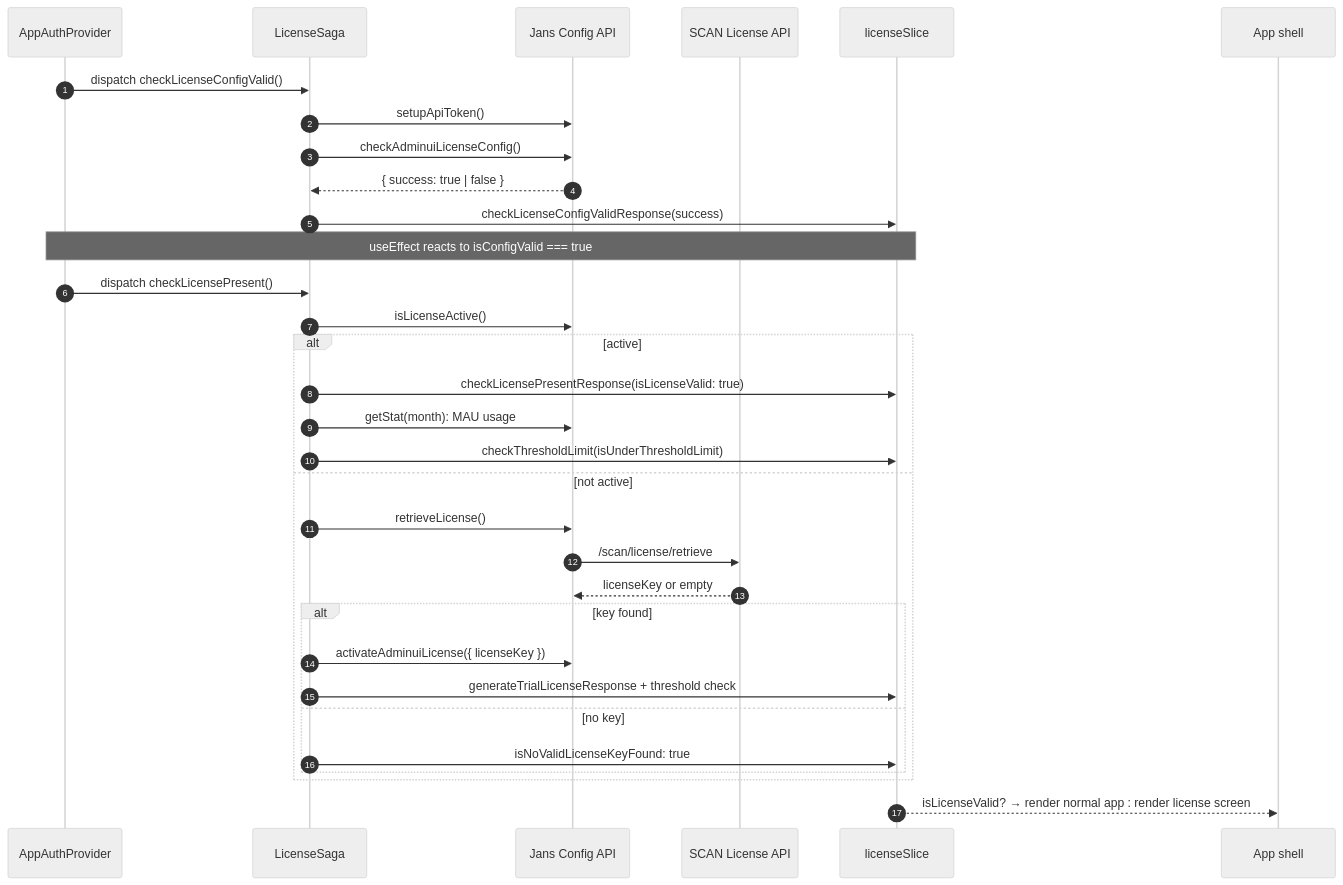
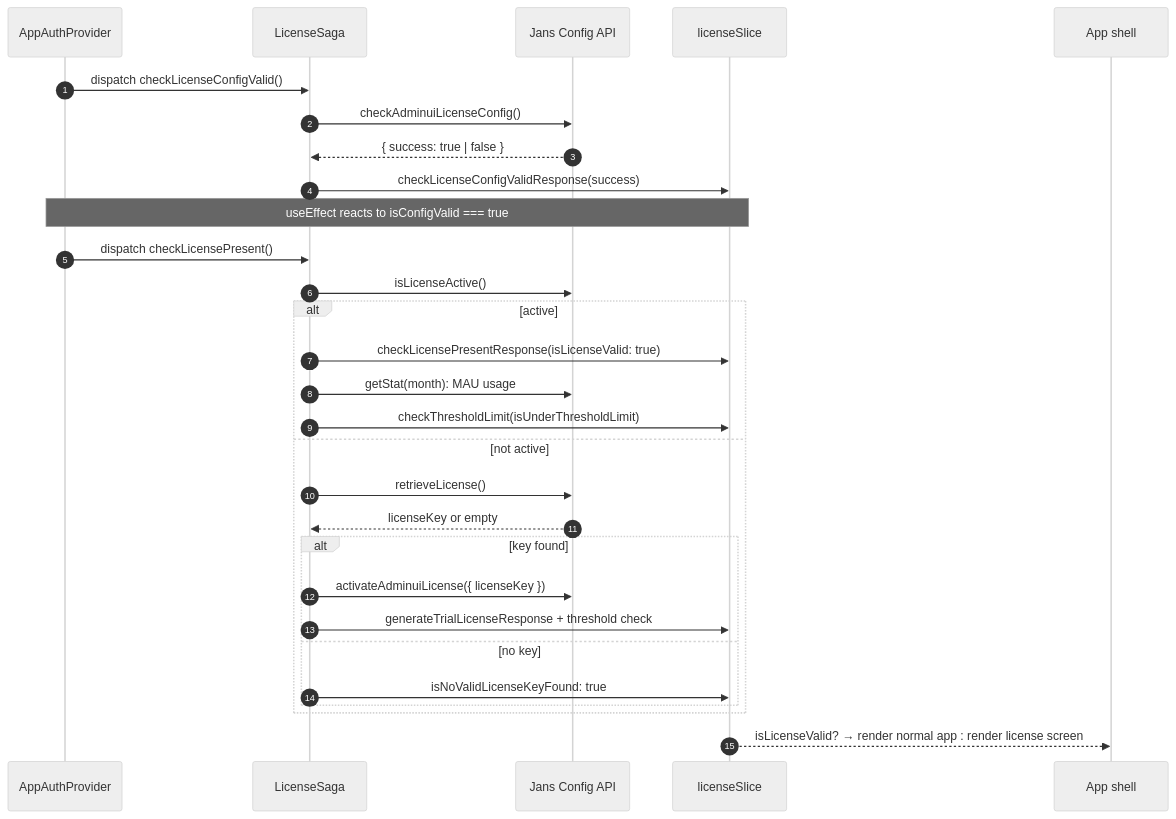
One commit to GluuFederation/flex changed the third of 3 diagrams in admin-ui/docs/auth.md. Above: the diagram before and after it, drawn with Mermaid (neutral theme). The commit also changed other lines of this file and 1 other file, not shown here.

````diff
--- a/admin-ui/docs/auth.md
+++ b/admin-ui/docs/auth.md
@@ -121,38 +116,35 @@
 ```mermaid
 sequenceDiagram
     autonumber
     participant Provider as AppAuthProvider
     participant Saga as LicenseSaga
     participant API as Jans Config API
-    participant SCAN as SCAN License API
     participant Slice as licenseSlice
     participant UI as App shell
 
     Provider->>Saga: dispatch checkLicenseConfigValid()
-    Saga->>API: setupApiToken()
     Saga->>API: checkAdminuiLicenseConfig()
     API-->>Saga: { success: true | false }
     Saga->>Slice: checkLicenseConfigValidResponse(success)
 
     Note over Provider,Slice: useEffect reacts to isConfigValid === true
 
     Provider->>Saga: dispatch checkLicensePresent()
     Saga->>API: isLicenseActive()
     alt active
         Saga->>Slice: checkLicensePresentResponse(isLicenseValid: true)
         Saga->>API: getStat(month): MAU usage
         Saga->>Slice: checkThresholdLimit(isUnderThresholdLimit)
     else not active
         Saga->>API: retrieveLicense()
-        API->>SCAN: /scan/license/retrieve
-        SCAN-->>API: licenseKey or empty
+        API-->>Saga: licenseKey or empty
         alt key found
             Saga->>API: activateAdminuiLicense({ licenseKey })
             Saga->>Slice: generateTrialLicenseResponse + threshold check
         else no key
             Saga->>Slice: isNoValidLicenseKeyFound: true
         end
     end
 
     Slice-->>UI: isLicenseValid? → render normal app : render license screen
 ```
````
